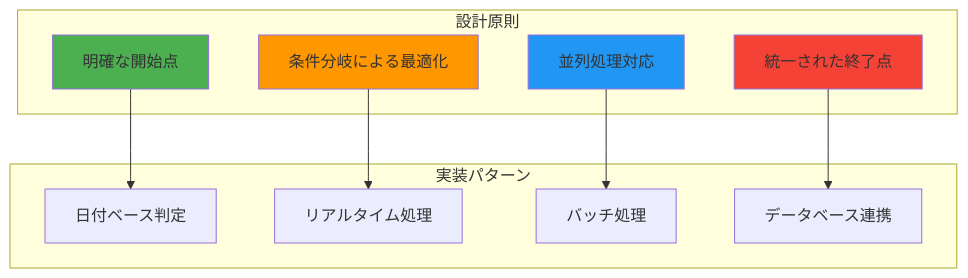
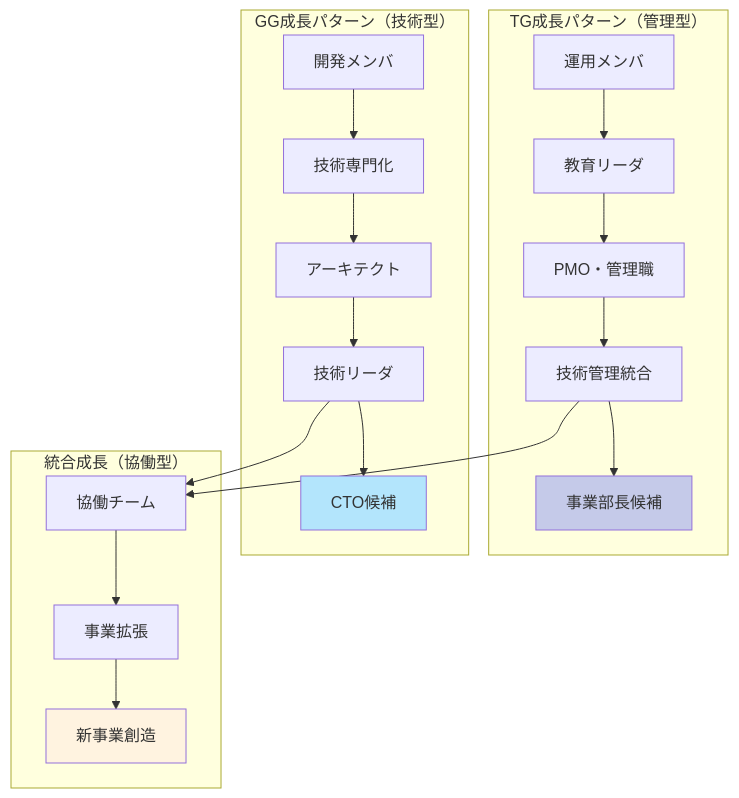
Before and after one commit to MasatakaNakamura/xlsx-data-analyzer: the ninth of 13 diagrams in docs/経歴書サンプル_総合分析レポート.md, drawn with Mermaid. The commit also changed other lines of this file and 32 other files, not shown here.

````diff
--- a/docs/経歴書サンプル_総合分析レポート.md
+++ b/docs/経歴書サンプル_総合分析レポート.md
@@ -272,26 +297,28 @@
 ```mermaid
-flowchart TD
-    subgraph "設計原則"
-        A[明確な開始点]
-        B[条件分岐による最適化]
-        C[並列処理対応]
-        D[統一された終了点]
+graph TD
+    subgraph "TG成長パターン（管理型）"
+        TG1[運用メンバ] --> TG2[教育リーダ]
+        TG2 --> TG3[PMO・管理職]
+        TG3 --> TG4[技術管理統合]
+        TG4 --> TG5[事業部長候補]
     end
 
-    subgraph "実装パターン"
-        E[日付ベース判定]
-        F[リアルタイム処理]
-        G[バッチ処理]
-        H[データベース連携]
+    subgraph "GG成長パターン（技術型）"
+        GG1[開発メンバ] --> GG2[技術専門化]
+        GG2 --> GG3[アーキテクト]
+        GG3 --> GG4[技術リーダ]
+        GG4 --> GG5[CTO候補]
     end
 
-    A --> E
-    B --> F
-    C --> G
-    D --> H
+    subgraph "統合成長（協働型）"
+        TEAM1[協働チーム] --> TEAM2[事業拡張]
+        TEAM2 --> TEAM3[新事業創造]
+    end
 
-    style A fill:#4CAF50
-    style B fill:#FF9800
-    style C fill:#2196F3
-    style D fill:#F44336
+    TG4 --> TEAM1
+    GG4 --> TEAM1
+
+    style TG5 fill:#c5cae9
+    style GG5 fill:#b3e5fc
+    style TEAM3 fill:#fff3e0
 ```
````
